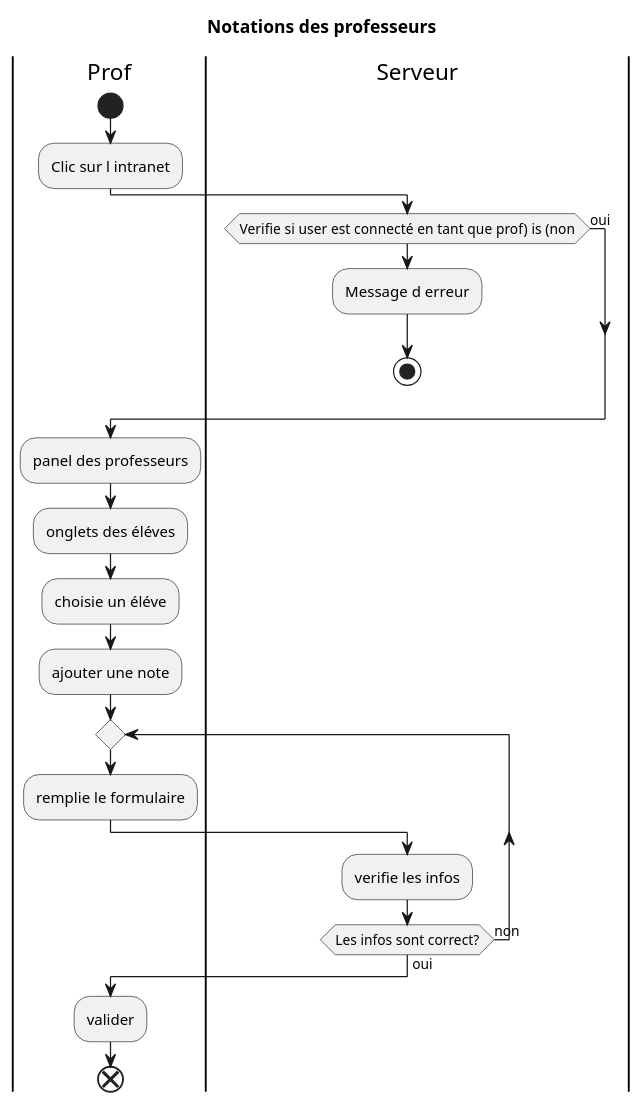
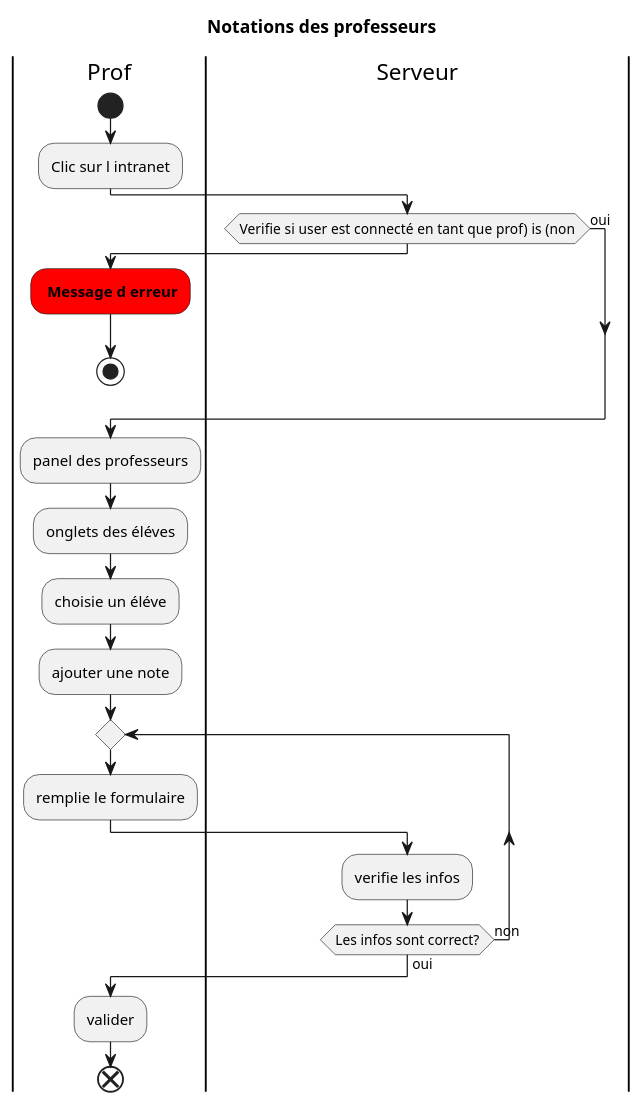
The diagram in Diagramme/DiagrammeNotation.puml (fledgless/Poudlard), drawn with PlantUML before and after one commit. The commit also changed 5 other files, not shown here.

Commit message:
modification de certain diagramme et réalisation de l'introduction du readme pour le projet

```diff
--- a/Diagramme/DiagrammeNotation.puml
+++ b/Diagramme/DiagrammeNotation.puml
@@ -1,25 +1,29 @@
 @startuml notes
 title Notations des professeurs  
 |Prof|
+'on indique le point de demarrage du diagramme
 start
 :Clic sur l intranet;
 |Serveur|
+' on donne une condition pour le diagramme
 if (Verifie  si user est connecté en tant que prof) is (non) then (oui)
 else
-:Message d erreur;
+|Prof|
+    #red: **Message d erreur**;
 stop
 endif
 |Prof|
 :panel des professeurs;
 :onglets des éléves;
 :choisie un éléve;
 :ajouter une note;
 repeat
 :remplie le formulaire;
 |Serveur|
 :verifie les infos;
+'on indique une condition qui peut se repeter
 repeat while (Les infos sont correct?) is (non) not (oui)
 |Prof|
 :valider;
 end
 @enduml
```
